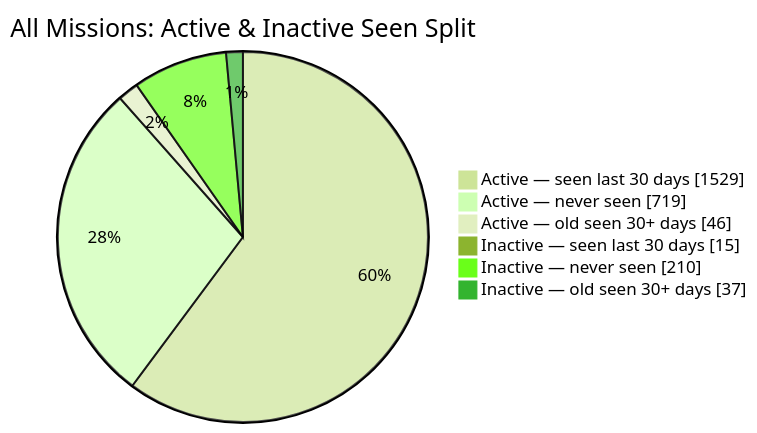
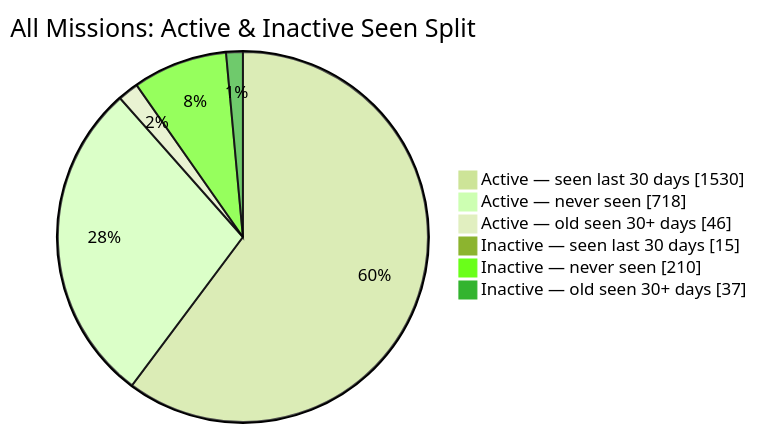
Before and after one commit to MeldkamerspelGameTeam/active-missions: the second of 2 diagrams in README.md, drawn with Mermaid (forest theme). The commit also changed other lines of this file and 3 other files, not shown here.

````diff
--- a/README.md
+++ b/README.md
@@ -44,10 +44,10 @@
 ```mermaid
 pie showData
     title All Missions: Active & Inactive Seen Split
-    "Active — seen last 30 days" : 1529
-    "Active — never seen" : 719
+    "Active — seen last 30 days" : 1530
+    "Active — never seen" : 718
     "Active — old seen 30+ days" : 46
     "Inactive — seen last 30 days" : 15
     "Inactive — never seen" : 210
     "Inactive — old seen 30+ days" : 37
 ```
````
